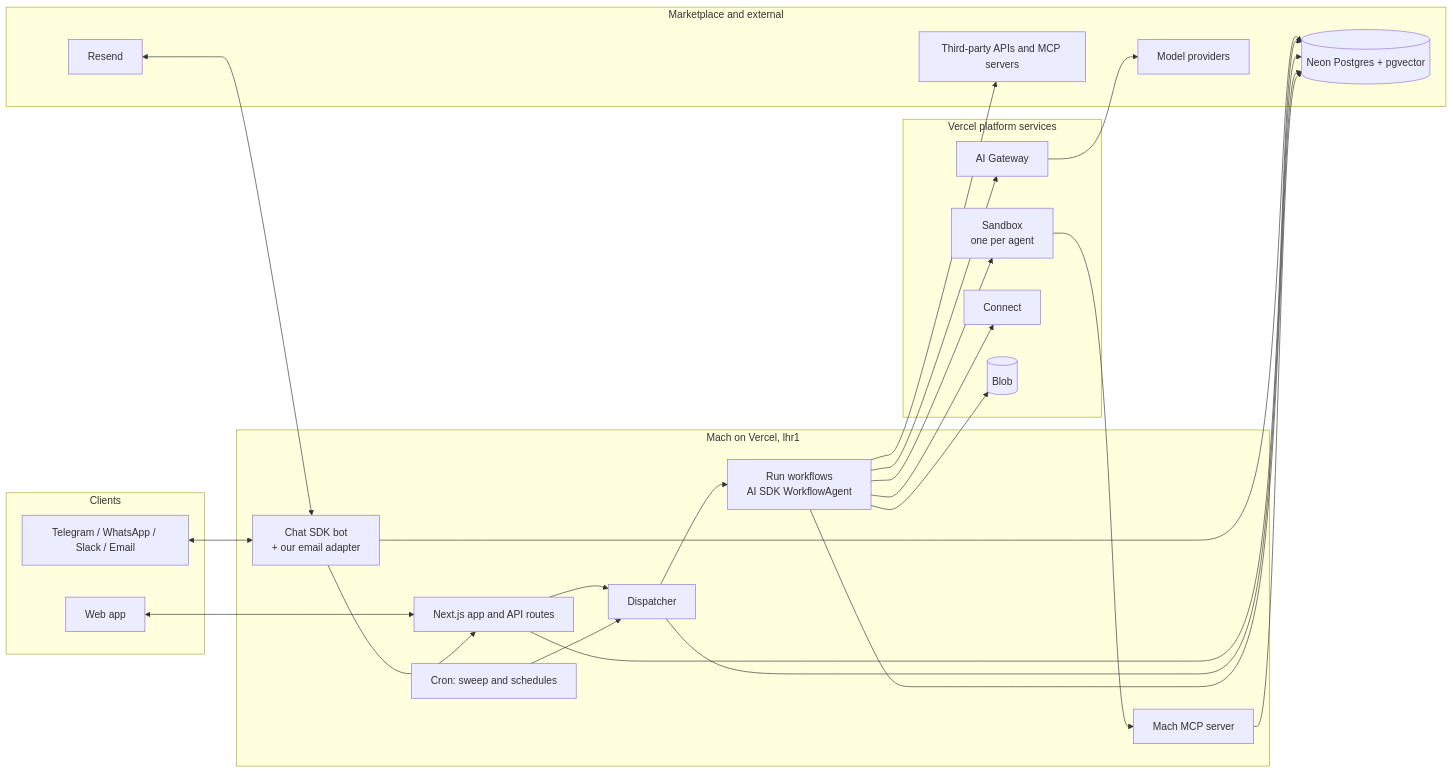
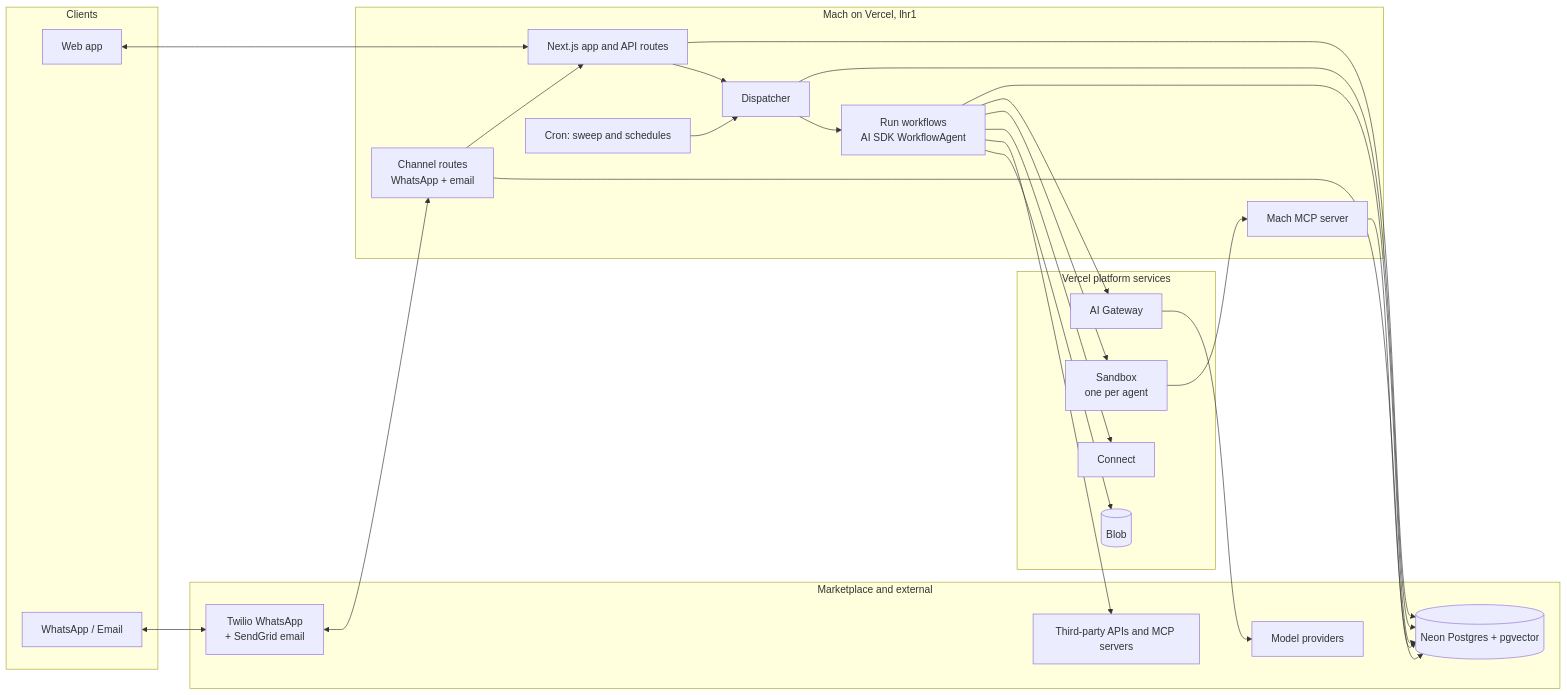
The second of 2 diagrams in docs/spec.md (asturkmani/mach), drawn with Mermaid before and after one commit. The commit also changed other lines of this file and 1 other file, not shown here.

First line of the commit message:
Switch launch channels to WhatsApp via Twilio and open-source email

````diff
--- a/docs/spec.md
+++ b/docs/spec.md
@@ -688,46 +704,46 @@
 ```mermaid
 flowchart LR
     subgraph Clients
         WEB[Web app]
-        CH[Telegram / WhatsApp / Slack / Email]
+        CH[WhatsApp / Email]
     end
     subgraph App["Mach on Vercel, lhr1"]
         NEXT[Next.js app and API routes]
-        CHAT[Chat SDK bot<br/>+ our email adapter]
+        CHAT[Channel routes<br/>WhatsApp + email]
         DSP[Dispatcher]
         CRON[Cron: sweep and schedules]
         WF[Run workflows<br/>AI SDK WorkflowAgent]
         MCPS[Mach MCP server]
     end
     subgraph Vercel["Vercel platform services"]
         GW[AI Gateway]
         SBX[Sandbox<br/>one per agent]
         CONN[Connect]
         BLOB[(Blob)]
     end
     subgraph Ext["Marketplace and external"]
         DB[(Neon Postgres + pgvector)]
-        RESEND[Resend]
+        TWILIO[Twilio WhatsApp<br/>+ SendGrid email]
         LLM[Model providers]
         API3[Third-party APIs and MCP servers]
     end
     WEB <--> NEXT
-    CH <--> CHAT
-    RESEND <--> CHAT
+    CH <--> TWILIO
+    TWILIO <--> CHAT
     CHAT --> NEXT
     CHAT --> DB
     NEXT --> DB
     NEXT --> DSP
     CRON --> DSP
     DSP --> DB
     DSP --> WF
     WF --> DB
     WF --> GW
     GW --> LLM
     WF --> SBX
     WF --> CONN
     WF --> API3
     WF --> BLOB
     SBX --> MCPS
     MCPS --> DB
 ```
````
